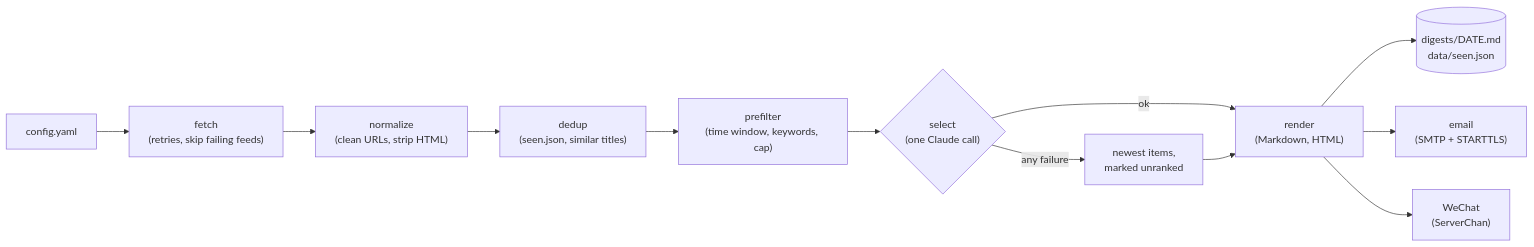
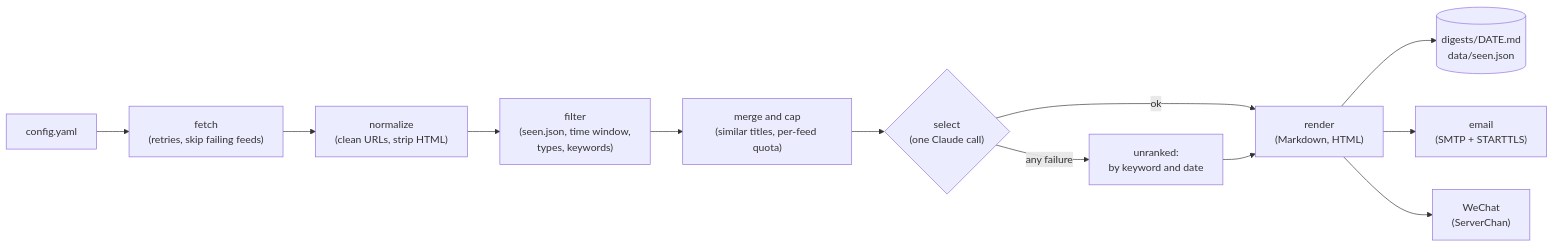
The diagram in README.md (TonyL2000/research-digest), drawn with Mermaid before and after one commit. The commit also changed other lines of this file and 1 other file, not shown here.

````diff
--- a/README.md
+++ b/README.md
@@ -18,13 +19,13 @@
 ```mermaid
 flowchart LR
     CFG[config.yaml] --> F
     F["fetch<br/>(retries, skip failing feeds)"] --> N["normalize<br/>(clean URLs, strip HTML)"]
-    N --> D["dedup<br/>(seen.json, similar titles)"]
-    D --> P["prefilter<br/>(time window, keywords, cap)"]
-    P --> S{"select<br/>(one Claude call)"}
+    N --> FL["filter<br/>(seen.json, time window,<br/>types, keywords)"]
+    FL --> M["merge and cap<br/>(similar titles, per-feed quota)"]
+    M --> S{"select<br/>(one Claude call)"}
     S -- ok --> R["render<br/>(Markdown, HTML)"]
-    S -- any failure --> U["newest items,<br/>marked unranked"] --> R
+    S -- any failure --> U["unranked:<br/>by keyword and date"] --> R
     R --> A[("digests/DATE.md<br/>data/seen.json")]
     R --> E["email<br/>(SMTP + STARTTLS)"]
     R --> W["WeChat<br/>(ServerChan)"]
 ```
````
